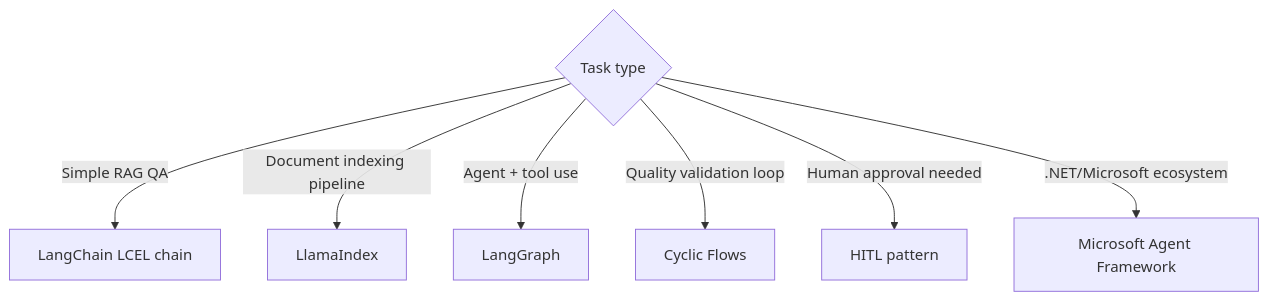
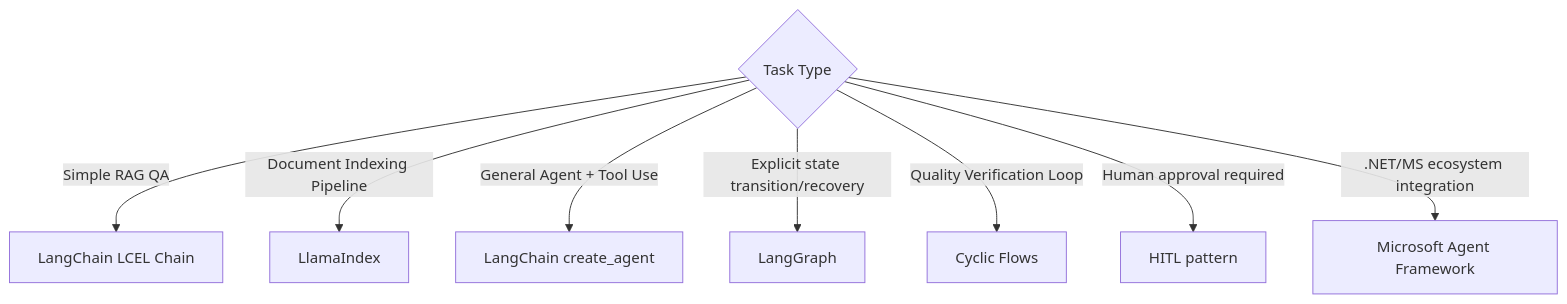
The second of 2 diagrams in wiki/en/AI/Engineering/Flow_Engineering/Flow_Engineering.md (TaeHunKim/AIEngineeringLLMWiki), drawn with Mermaid before and after one commit. The commit also changed other lines of this file and 48 other files, not shown here.

````diff
--- a/wiki/en/AI/Engineering/Flow_Engineering/Flow_Engineering.md
+++ b/wiki/en/AI/Engineering/Flow_Engineering/Flow_Engineering.md
@@ -43,9 +43,10 @@
 ```mermaid
 flowchart TD
-    T{Task type} -->|Simple RAG QA| LC[LangChain LCEL chain]
-    T -->|Document indexing pipeline| LI[LlamaIndex]
-    T -->|Agent + tool use| LG[LangGraph]
-    T -->|Quality validation loop| CF[Cyclic Flows]
-    T -->|Human approval needed| HITL[HITL pattern]
-    T -->|.NET/Microsoft ecosystem| MAF[Microsoft Agent Framework]
+    T{Task Type} -->|Simple RAG QA| LC[LangChain LCEL Chain]
+    T -->|Document Indexing Pipeline| LI[LlamaIndex]
+    T -->|General Agent + Tool Use| CA[LangChain create_agent]
+    T -->|Explicit state transition/recovery| LG[LangGraph]
+    T -->|Quality Verification Loop| CF[Cyclic Flows]
+    T -->|Human approval required| HITL[HITL pattern]
+    T -->|.NET/MS ecosystem integration| MAF[Microsoft Agent Framework]
 ```
````
